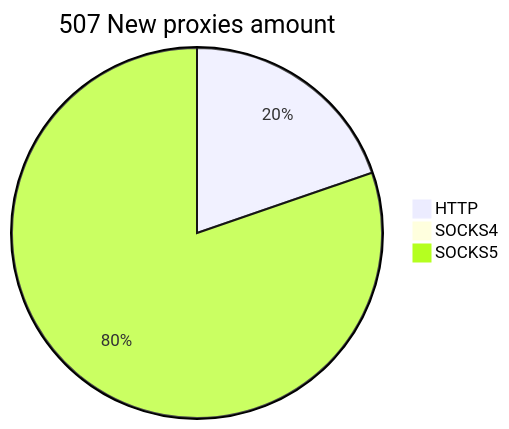
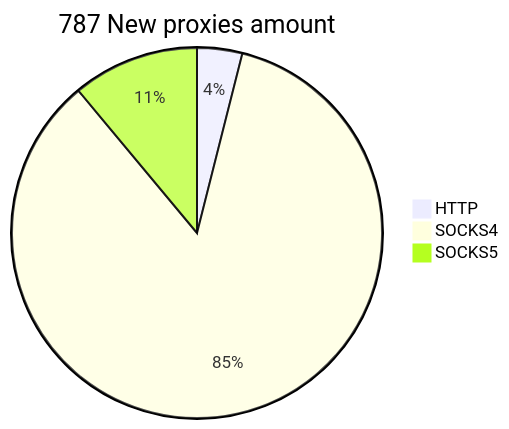
Before and after one commit to cutipu/proxylist: the second of 2 diagrams in README.md, drawn with Mermaid. The commit also changed other lines of this file, not shown here.

````diff
--- a/README.md
+++ b/README.md
@@ -10,6 +10,6 @@
 ```mermaid
-pie title 507 New proxies amount
-    "HTTP" : 100
-    "SOCKS4" : 0
-    "SOCKS5" : 407
+pie title 787 New proxies amount
+    "HTTP" : 31
+    "SOCKS4" : 669
+    "SOCKS5" : 87
 ```
````
